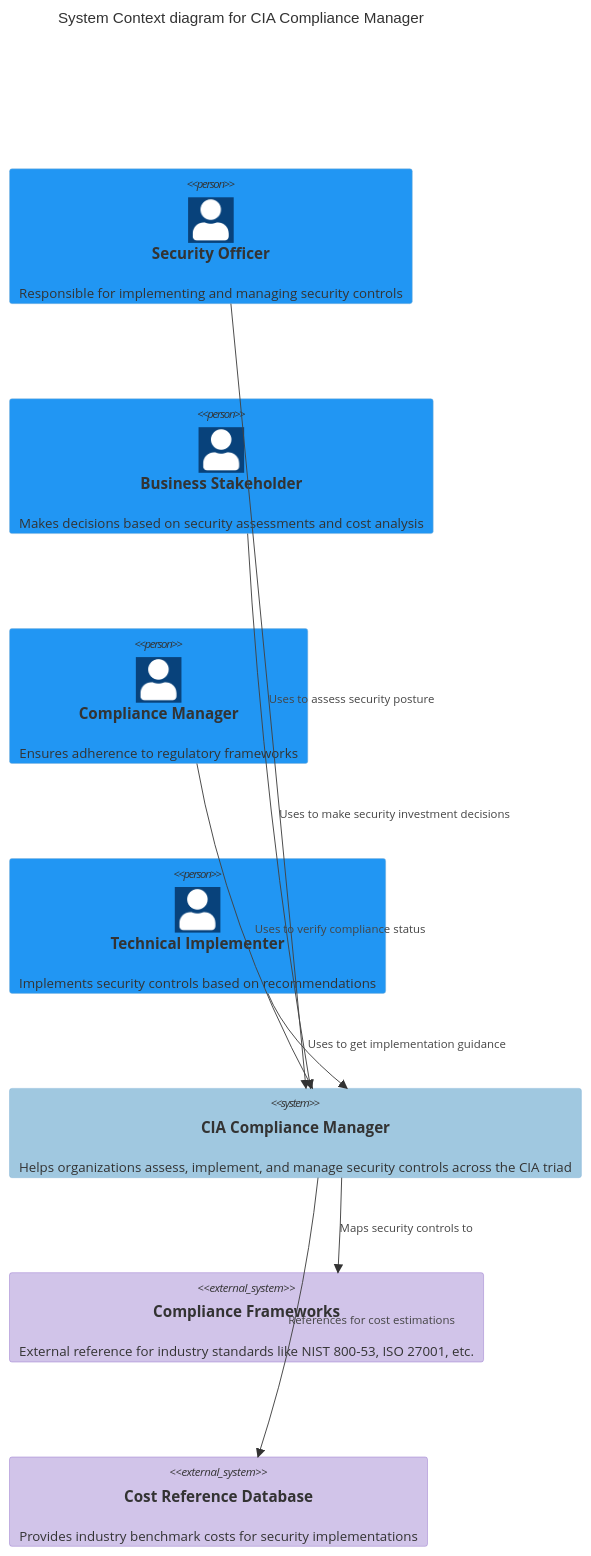
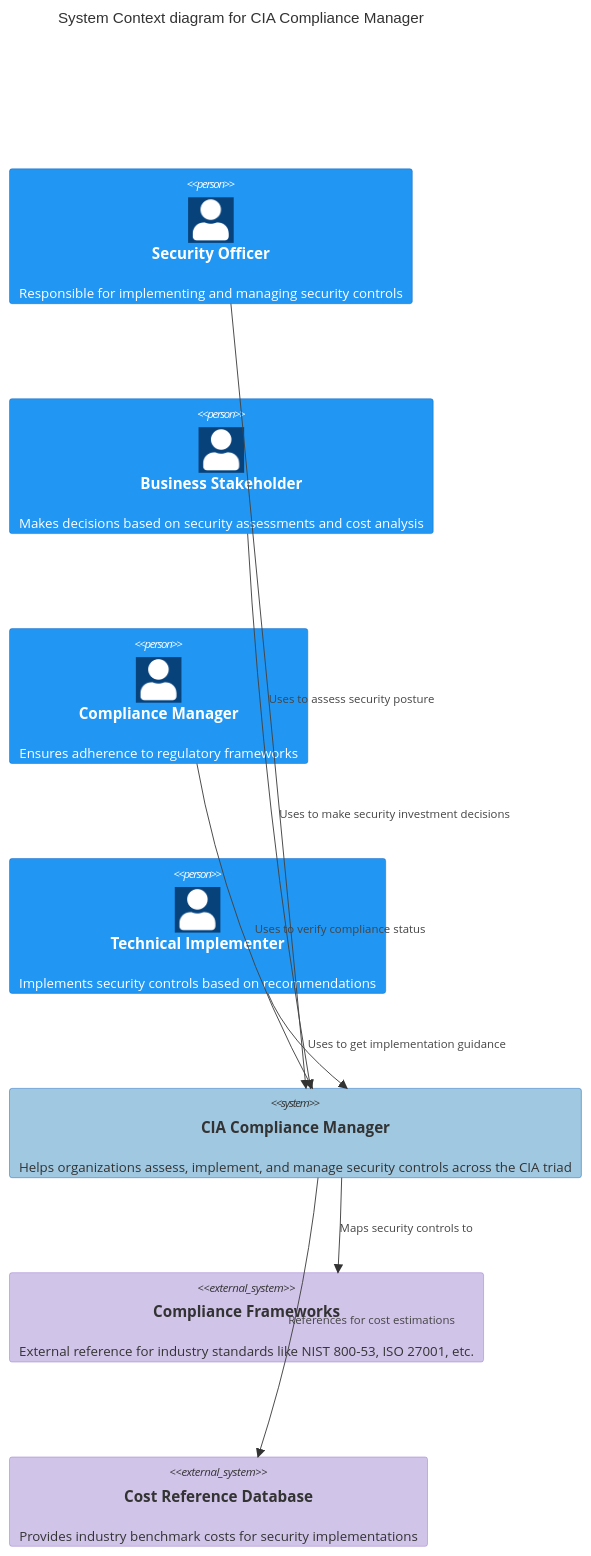
The second of 3 diagrams in README.md (Hack23/cia-compliance-manager), drawn with Mermaid before and after one commit. The commit also changed 5 other files, not shown here.

````diff
--- a/README.md
+++ b/README.md
@@ -751,33 +751,33 @@
 ```mermaid
 C4Context
   title System Context diagram for CIA Compliance Manager
 
   Person(securityOfficer, "Security Officer", "Responsible for implementing and managing security controls")
   Person(businessStakeholder, "Business Stakeholder", "Makes decisions based on security assessments and cost analysis")
   Person(complianceManager, "Compliance Manager", "Ensures adherence to regulatory frameworks")
   Person(technicalImplementer, "Technical Implementer", "Implements security controls based on recommendations")
 
   System(ciaCM, "CIA Compliance Manager", "Helps organizations assess, implement, and manage security controls across the CIA triad")
 
   System_Ext(complianceFrameworks, "Compliance Frameworks", "External reference for industry standards like NIST 800-53, ISO 27001, etc.")
   System_Ext(costDatabase, "Cost Reference Database", "Provides industry benchmark costs for security implementations")
 
   Rel(securityOfficer, ciaCM, "Uses to assess security posture")
   Rel(businessStakeholder, ciaCM, "Uses to make security investment decisions")
   Rel(complianceManager, ciaCM, "Uses to verify compliance status")
   Rel(technicalImplementer, ciaCM, "Uses to get implementation guidance")
 
   Rel(ciaCM, complianceFrameworks, "Maps security controls to")
   Rel(ciaCM, costDatabase, "References for cost estimations")
 
   UpdateLayoutConfig($c4ShapeInRow="3", $c4BoundaryInRow="1")
   
-  UpdateElementStyle(securityOfficer, $fontColor="#333333", $bgColor="#2196F3", $borderColor="#86b5d9")
-  UpdateElementStyle(businessStakeholder, $fontColor="#333333", $bgColor="#2196F3", $borderColor="#86b5d9")
-  UpdateElementStyle(complianceManager, $fontColor="#333333", $bgColor="#2196F3", $borderColor="#86b5d9")
-  UpdateElementStyle(technicalImplementer, $fontColor="#333333", $bgColor="#2196F3", $borderColor="#86b5d9")
+  UpdateElementStyle(securityOfficer, $fontColor="#ffffff", $bgColor="#2196F3", $borderColor="#1565C0")
+  UpdateElementStyle(businessStakeholder, $fontColor="#ffffff", $bgColor="#2196F3", $borderColor="#1565C0")
+  UpdateElementStyle(complianceManager, $fontColor="#ffffff", $bgColor="#2196F3", $borderColor="#1565C0")
+  UpdateElementStyle(technicalImplementer, $fontColor="#ffffff", $bgColor="#2196F3", $borderColor="#1565C0")
 
-  UpdateElementStyle(ciaCM, $fontColor="#333333", $bgColor="#a0c8e0", $borderColor="#86b5d9")
+  UpdateElementStyle(ciaCM, $fontColor="#333333", $bgColor="#a0c8e0", $borderColor="#1565C0")
   UpdateElementStyle(complianceFrameworks, $fontColor="#333333", $bgColor="#d1c4e9", $borderColor="#9575cd")
   UpdateElementStyle(costDatabase, $fontColor="#333333", $bgColor="#d1c4e9", $borderColor="#9575cd")
 ```
````
